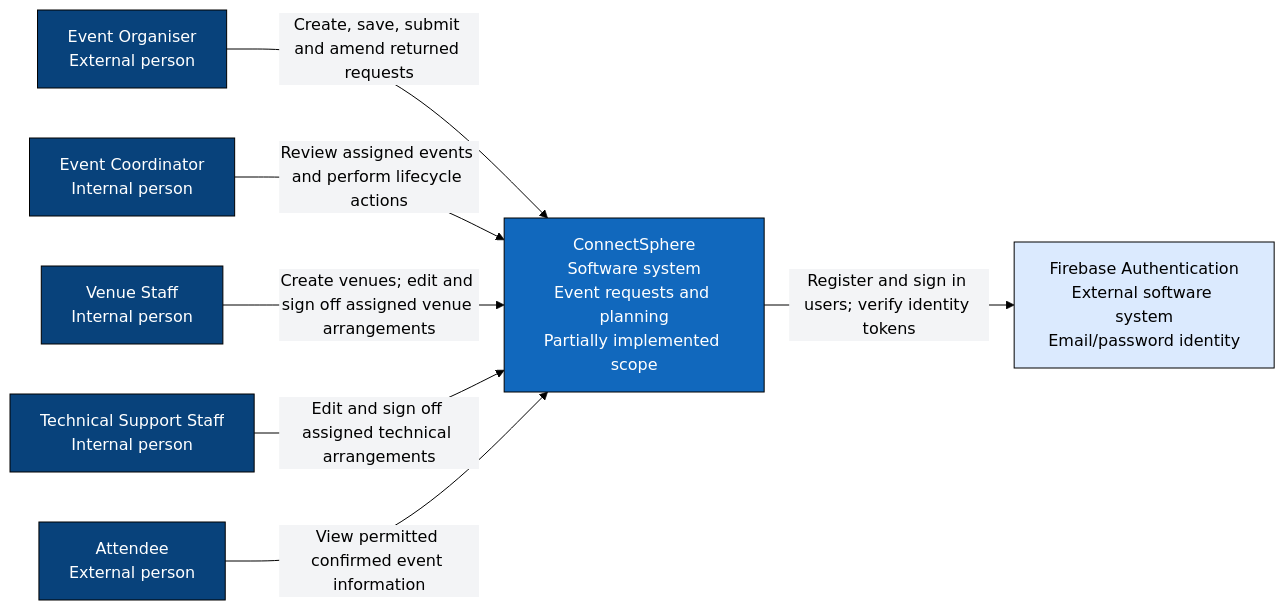
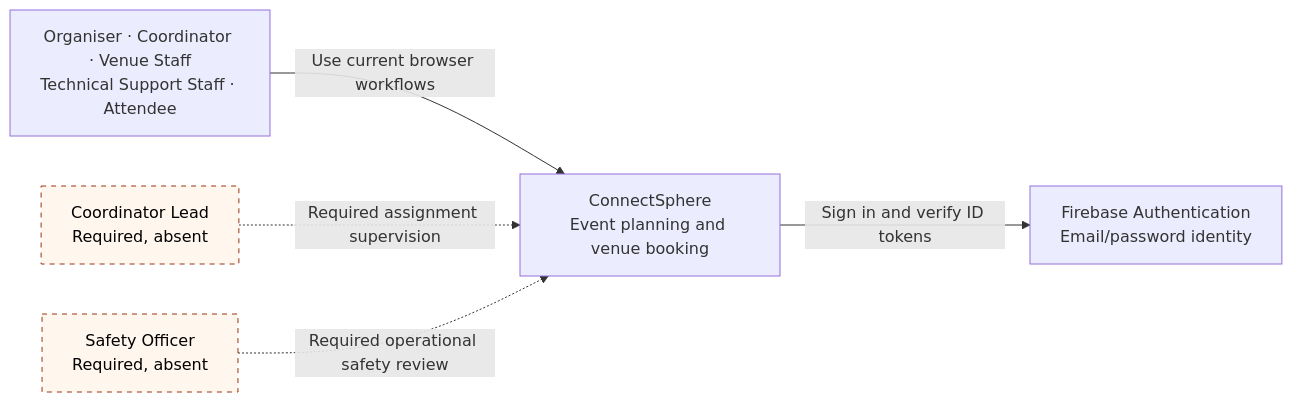
One commit to ydairu/connectsphere changed the first of 5 diagrams in docs/architecture/c4-model.md. Above: the diagram before and after it, drawn with Mermaid. The commit also changed other lines of this file and 2 other files, not shown here.

Commit message:
[Sprint 3] Updated C4 and architecture models

````diff
--- a/docs/architecture/c4-model.md
+++ b/docs/architecture/c4-model.md
@@ -9,23 +7,14 @@
 ```mermaid
-%%{init: {"theme":"base","themeVariables":{"darkMode":false,"background":"#f3f4f6","primaryColor":"#dbeafe","primaryTextColor":"#000000","primaryBorderColor":"#000000","secondaryColor":"#dbeafe","secondaryTextColor":"#000000","secondaryBorderColor":"#000000","tertiaryColor":"#f3f4f6","tertiaryTextColor":"#000000","tertiaryBorderColor":"#000000","clusterBkg":"#f3f4f6","clusterBorder":"#000000","lineColor":"#000000","textColor":"#000000","edgeLabelBackground":"#f3f4f6","titleColor":"#000000"},"themeCSS":"& { background-color: #f3f4f6; }"}}%%
 flowchart LR
-  org["Event Organiser<br/>External person"]
-  coord["Event Coordinator<br/>Internal person"]
-  venue["Venue Staff<br/>Internal person"]
-  tech["Technical Support Staff<br/>Internal person"]
-  attendee["Attendee<br/>External person"]
-  cs["ConnectSphere<br/>Software system<br/>Event requests and planning<br/>Partially implemented scope"]
-  auth["Firebase Authentication<br/>External software system<br/>Email/password identity"]
-  org -->|"Create, save, submit and amend returned requests"| cs
-  coord -->|"Review assigned events and perform lifecycle actions"| cs
-  venue -->|"Create venues; edit and sign off assigned venue arrangements"| cs
-  tech -->|"Edit and sign off assigned technical arrangements"| cs
-  attendee -->|"View permitted confirmed event information"| cs
-  cs -->|"Register and sign in users; verify identity tokens"| auth
-  classDef people fill:#08427b,stroke:#000000,color:#ffffff;
-  classDef container fill:#1168bd,stroke:#000000,color:#ffffff;
-  classDef other fill:#dbeafe,stroke:#000000,color:#000000;
-  class org,coord,venue,tech,attendee people;
-  class cs container;
-  class auth other;
+  people["Organiser · Coordinator · Venue Staff<br/>Technical Support Staff · Attendee"]
+  system["ConnectSphere<br/>Event planning and venue booking"]
+  auth["Firebase Authentication<br/>Email/password identity"]
+  lead["Coordinator Lead<br/>Required, absent"]
+  safety["Safety Officer<br/>Required, absent"]
+  people -->|"Use current browser workflows"| system
+  system -->|"Sign in and verify ID tokens"| auth
+  lead -.->|"Required assignment supervision"| system
+  safety -.->|"Required operational safety review"| system
+  classDef missing fill:#fff7ed,stroke:#9a3412,stroke-dasharray:5 5,color:#000;
+  class lead,safety missing;
 ```
````
